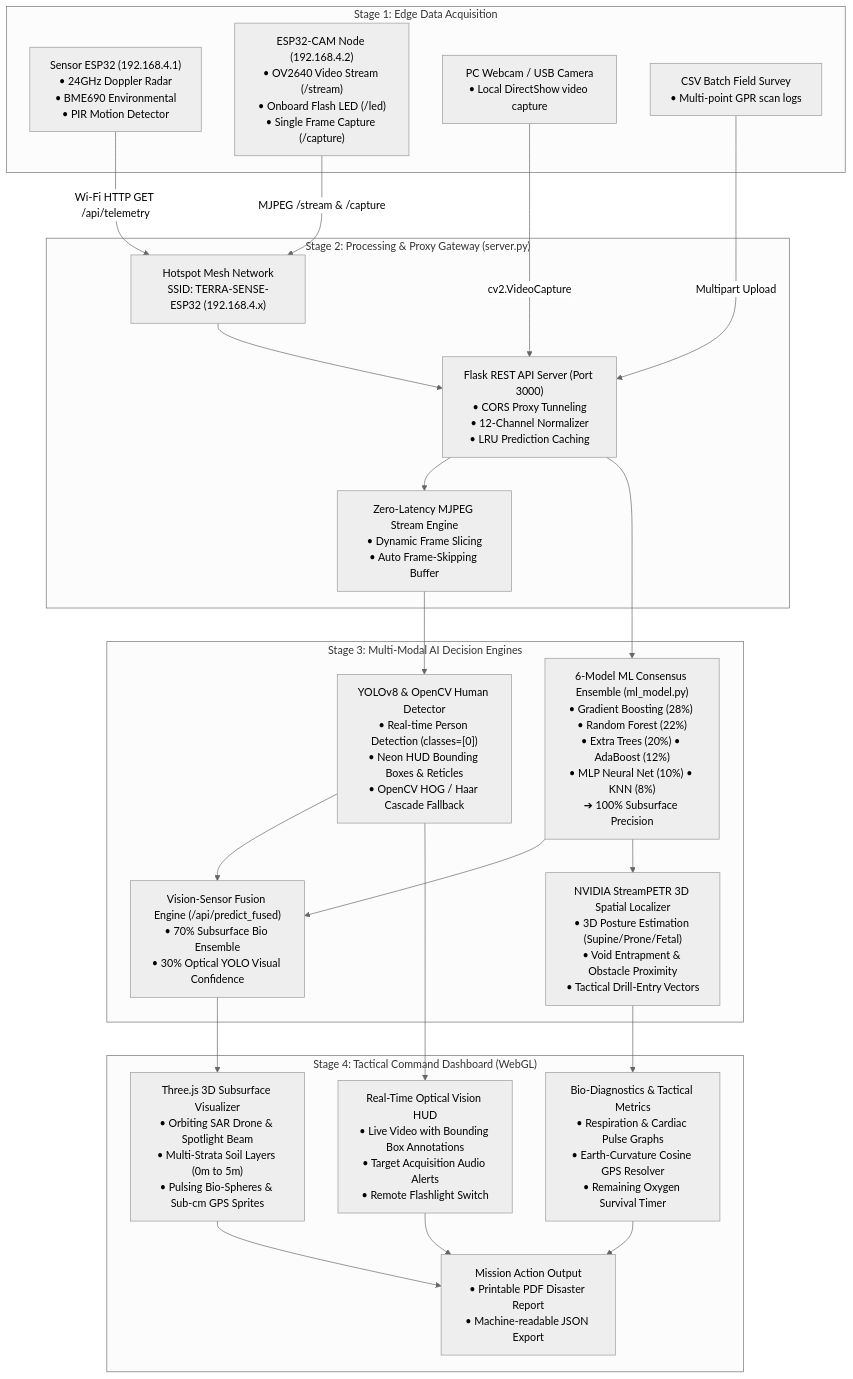
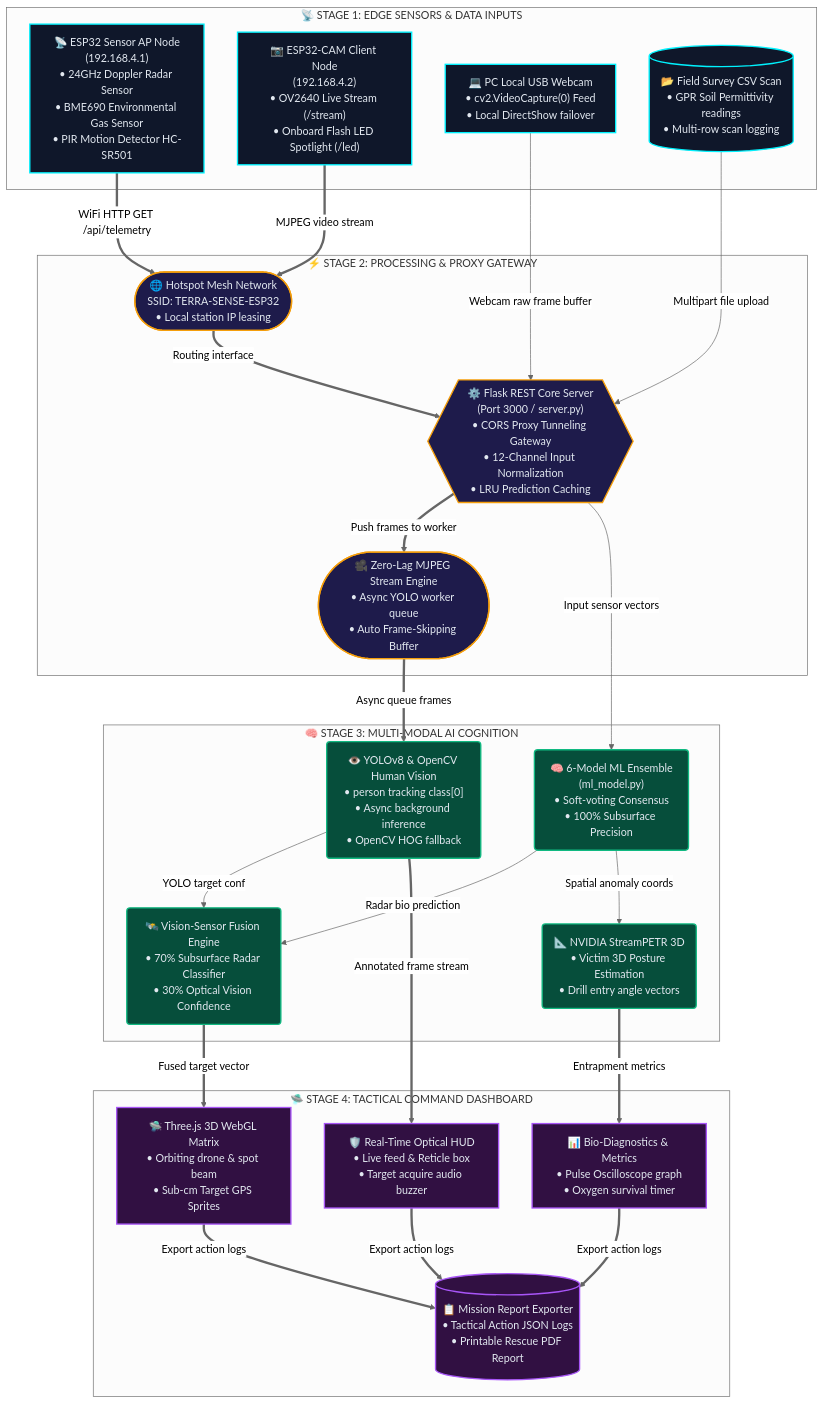
One commit to Mohilc/intershipproject changed the diagram in README.md. Above: the diagram before and after it, drawn with Mermaid (neutral theme).

Commit message:
Enhance README.md End-to-End System Workflow Mermaid diagram with custom Stage styles, rich shapes, and emojis

````diff
--- a/README.md
+++ b/README.md
@@ -70,45 +70,52 @@
 ```mermaid
 flowchart TD
-    subgraph S1["Stage 1: Edge Data Acquisition"]
-        A1["Sensor ESP32 (192.168.4.1)<br>• 24GHz Doppler Radar<br>• BME690 Environmental<br>• PIR Motion Detector"]
-        A2["ESP32-CAM Node (192.168.4.2)<br>• OV2640 Video Stream (/stream)<br>• Onboard Flash LED (/led)<br>• Single Frame Capture (/capture)"]
-        A3["PC Webcam / USB Camera<br>• Local DirectShow video capture"]
-        A4["CSV Batch Field Survey<br>• Multi-point GPR scan logs"]
+    %% Custom Styles Definition
+    classDef stage1 fill:#0f172a,stroke:#00f2fe,stroke-width:2px,color:#e2e8f0;
+    classDef stage2 fill:#1e1b4b,stroke:#f59e0b,stroke-width:2px,color:#e2e8f0;
+    classDef stage3 fill:#064e3b,stroke:#10b981,stroke-width:2px,color:#e2e8f0;
+    classDef stage4 fill:#311042,stroke:#a855f7,stroke-width:2px,color:#e2e8f0;
+
+    subgraph SG1 ["📡 STAGE 1: EDGE SENSORS & DATA INPUTS"]
+        A1["📡 ESP32 Sensor AP Node<br>(192.168.4.1)<br>• 24GHz Doppler Radar Sensor<br>• BME690 Environmental Gas Sensor<br>• PIR Motion Detector HC-SR501"]:::stage1
+        A2["📷 ESP32-CAM Client Node<br>(192.168.4.2)<br>• OV2640 Live Stream (/stream)<br>• Onboard Flash LED Spotlight (/led)"]:::stage1
+        A3["💻 PC Local USB Webcam<br>• cv2.VideoCapture(0) Feed<br>• Local DirectShow failover"]:::stage1
+        A4[("📂 Field Survey CSV Scan<br>• GPR Soil Permittivity readings<br>• Multi-row scan logging")]:::stage1
     end
 
-    subgraph S2["Stage 2: Processing & Proxy Gateway (server.py)"]
-        B1["Hotspot Mesh Network<br>SSID: TERRA-SENSE-ESP32 (192.168.4.x)"]
-        B2["Flask REST API Server (Port 3000)<br>• CORS Proxy Tunneling<br>• 12-Channel Normalizer<br>• LRU Prediction Caching"]
-        B3["Zero-Latency MJPEG Stream Engine<br>• Dynamic Frame Slicing<br>• Auto Frame-Skipping Buffer"]
+    subgraph SG2 ["⚡ STAGE 2: PROCESSING & PROXY GATEWAY"]
+        B1(["🌐 Hotspot Mesh Network<br>SSID: TERRA-SENSE-ESP32<br>• Local station IP leasing"]):::stage2
+        B2{{"⚙️ Flask REST Core Server<br>(Port 3000 / server.py)<br>• CORS Proxy Tunneling Gateway<br>• 12-Channel Input Normalization<br>• LRU Prediction Caching"}}:::stage2
+        B3(["🎥 Zero-Lag MJPEG Stream Engine<br>• Async YOLO worker queue<br>• Auto Frame-Skipping Buffer"]):::stage2
     end
 
-    subgraph S3["Stage 3: Multi-Modal AI Decision Engines"]
-        C1["6-Model ML Consensus Ensemble (ml_model.py)<br>• Gradient Boosting (28%) • Random Forest (22%)<br>• Extra Trees (20%) • AdaBoost (12%)<br>• MLP Neural Net (10%) • KNN (8%)<br>➔ 100% Subsurface Precision"]
-        C2["YOLOv8 & OpenCV Human Detector<br>• Real-time Person Detection (classes=[0])<br>• Neon HUD Bounding Boxes & Reticles<br>• OpenCV HOG / Haar Cascade Fallback"]
-        C3["Vision-Sensor Fusion Engine (/api/predict_fused)<br>• 70% Subsurface Bio Ensemble<br>• 30% Optical YOLO Visual Confidence"]
-        C4["NVIDIA StreamPETR 3D Spatial Localizer<br>• 3D Posture Estimation (Supine/Prone/Fetal)<br>• Void Entrapment & Obstacle Proximity<br>• Tactical Drill-Entry Vectors"]
+    subgraph SG3 ["🧠 STAGE 3: MULTI-MODAL AI COGNITION"]
+        C1("🧠 6-Model ML Ensemble<br>(ml_model.py)<br>• Soft-voting Consensus<br>• 100% Subsurface Precision"):::stage3
+        C2("👁️ YOLOv8 & OpenCV Human Vision<br>• person tracking class[0]<br>• Async background inference<br>• OpenCV HOG fallback"):::stage3
+        C3("🛰️ Vision-Sensor Fusion Engine<br>• 70% Subsurface Radar Classifier<br>• 30% Optical Vision Confidence"):::stage3
+        C4("📐 NVIDIA StreamPETR 3D<br>• Victim 3D Posture Estimation<br>• Drill entry angle vectors"):::stage3
     end
 
-    subgraph S4["Stage 4: Tactical Command Dashboard (WebGL)"]
-        D1["Three.js 3D Subsurface Visualizer<br>• Orbiting SAR Drone & Spotlight Beam<br>• Multi-Strata Soil Layers (0m to 5m)<br>• Pulsing Bio-Spheres & Sub-cm GPS Sprites"]
-        D2["Real-Time Optical Vision HUD<br>• Live Video with Bounding Box Annotations<br>• Target Acquisition Audio Alerts<br>• Remote Flashlight Switch"]
-        D3["Bio-Diagnostics & Tactical Metrics<br>• Respiration & Cardiac Pulse Graphs<br>• Earth-Curvature Cosine GPS Resolver<br>• Remaining Oxygen Survival Timer"]
-        D4["Mission Action Output<br>• Printable PDF Disaster Report<br>• Machine-readable JSON Export"]
+    subgraph SG4 ["🛸 STAGE 4: TACTICAL COMMAND DASHBOARD"]
+        D1["🛸 Three.js 3D WebGL Matrix<br>• Orbiting drone & spot beam<br>• Sub-cm Target GPS Sprites"]:::stage4
+        D2["🛡️ Real-Time Optical HUD<br>• Live feed & Reticle box<br>• Target acquire audio buzzer"]:::stage4
+        D3["📊 Bio-Diagnostics & Metrics<br>• Pulse Oscilloscope graph<br>• Oxygen survival timer"]:::stage4
+        D4[("📋 Mission Report Exporter<br>• Tactical Action JSON Logs<br>• Printable Rescue PDF Report")]:::stage4
     end
 
-    A1 -->|Wi-Fi HTTP GET /api/telemetry| B1
-    A2 -->|MJPEG /stream & /capture| B1
-    A3 -->|cv2.VideoCapture| B2
-    A4 -->|Multipart Upload| B2
-    B1 --> B2
-    B2 --> B3
-    B2 --> C1
-    B3 --> C2
-    C1 --> C3
-    C2 --> C3
-    C1 --> C4
-    C3 --> D1
-    C2 --> D2
-    C4 --> D3
-    D1 & D2 & D3 --> D4
+    %% Flow Connections with Styling
+    A1 ==>|WiFi HTTP GET /api/telemetry| B1
+    A2 ==>|MJPEG video stream| B1
+    A3 -->|Webcam raw frame buffer| B2
+    A4 -->|Multipart file upload| B2
+    B1 ==>|Routing interface| B2
+    B2 ==>|Push frames to worker| B3
+    B3 ==>|Async queue frames| C2
+    B2 -->|Input sensor vectors| C1
+    C1 -->|Radar bio prediction| C3
+    C2 -->|YOLO target conf| C3
+    C1 -->|Spatial anomaly coords| C4
+    C3 ==>|Fused target vector| D1
+    C2 ==>|Annotated frame stream| D2
+    C4 ==>|Entrapment metrics| D3
+    D1 & D2 & D3 ==>|Export action logs| D4
 ```
````
